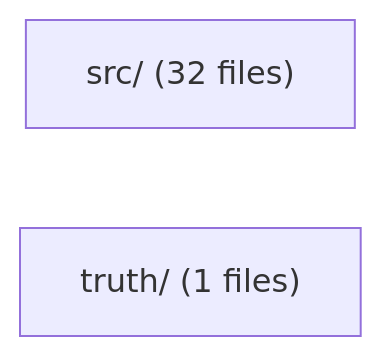
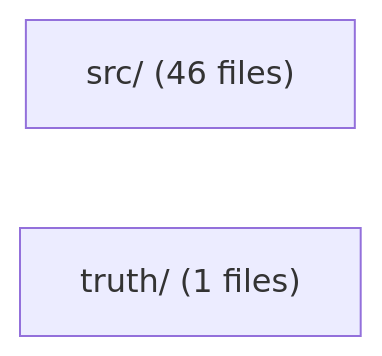
Before and after one commit to sns45/greplost: the first of 6 diagrams in .greplost/packages/greplost__bench/MAP.md, drawn with Mermaid. The commit also changed other lines of this file and 167 other files, not shown here.

First line of the commit message:
feat(build2): seam - schema 2, langOf, seven grammars, dispatch stubs, signals, references, bench harness

````diff
--- a/.greplost/packages/greplost__bench/MAP.md
+++ b/.greplost/packages/greplost__bench/MAP.md
@@ -92,5 +120,5 @@
 ```mermaid
 graph LR
-  bench_src["src/ #40;32 files#41;"]
+  bench_src["src/ #40;46 files#41;"]
   bench_truth["truth/ #40;1 files#41;"]
 ```
````
